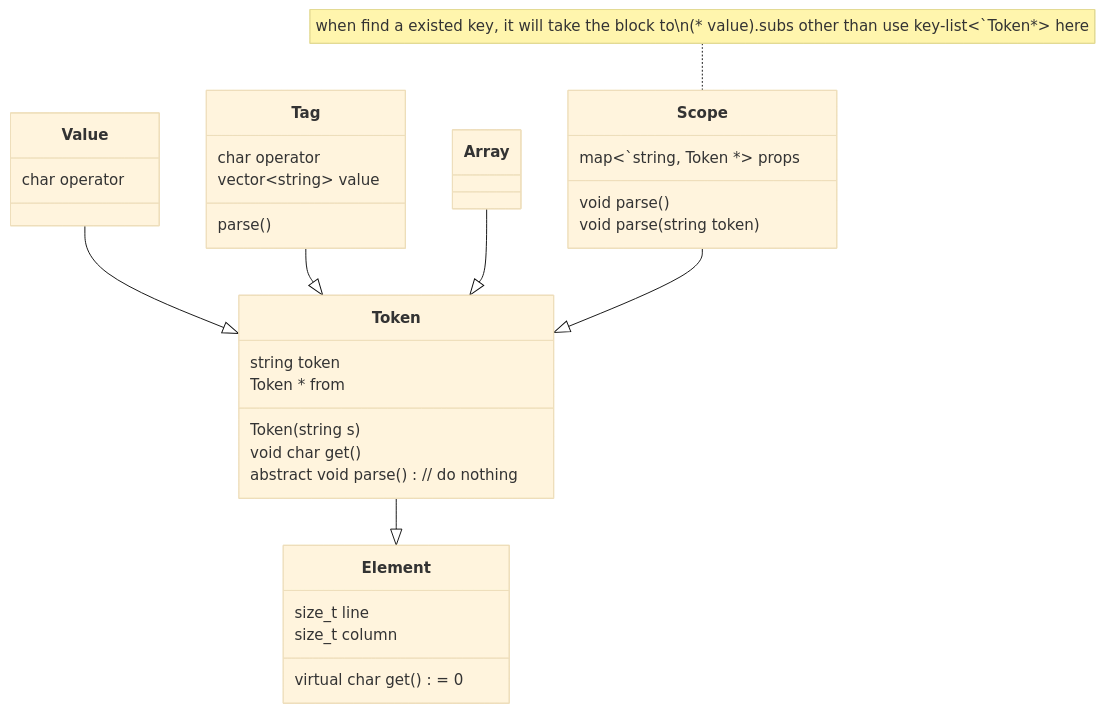
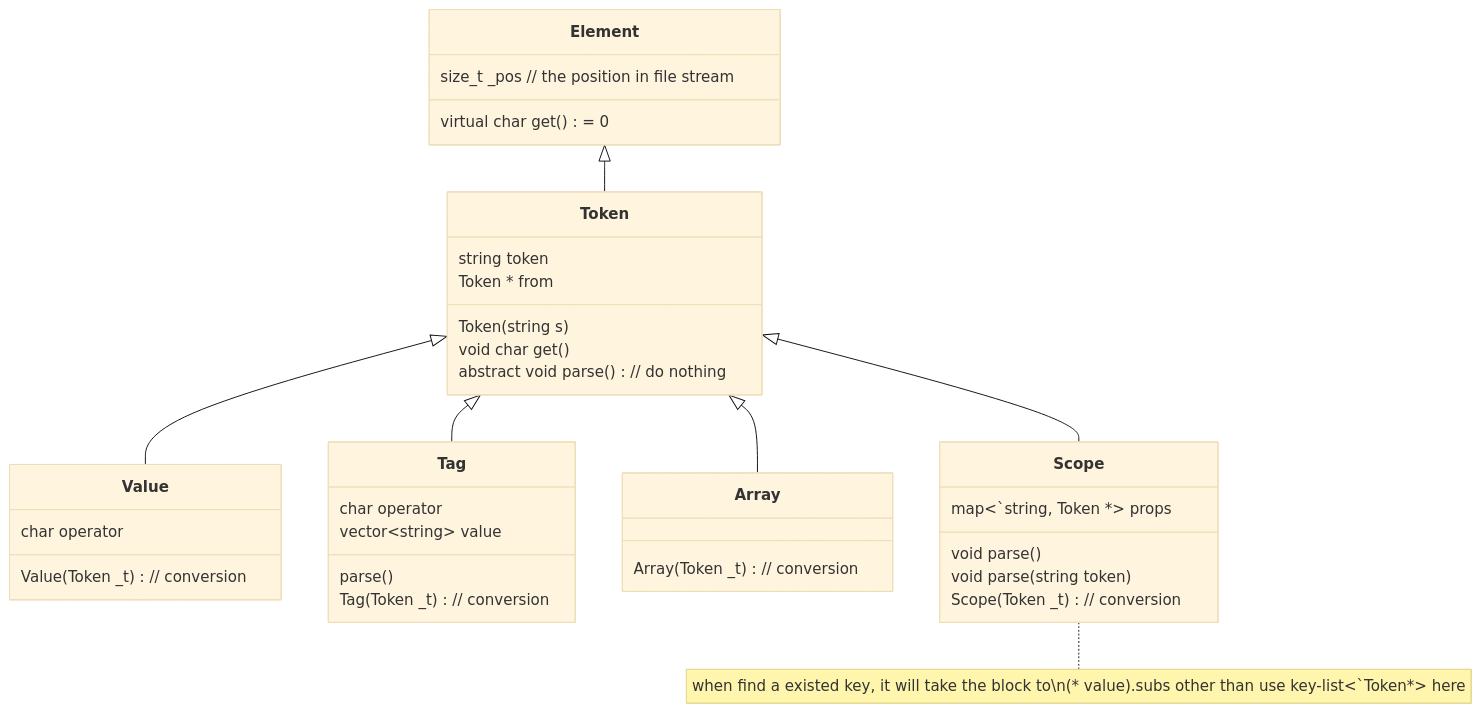
One commit to Supheria/FocusTree changed the fifth of 5 diagrams in modding analysis/parser build/_parser/tokenize_process.md. Above: the diagram before and after it, drawn with Mermaid (base theme). The commit also changed other lines of this file and 1 other file, not shown here.

````diff
--- a/modding analysis/parser build/_parser/tokenize_process.md
+++ b/modding analysis/parser build/_parser/tokenize_process.md
@@ -227,40 +226,43 @@
 ```mermaid
-classDiagram
+classDiagram 
 	class Element{
-		size_t line
-		size_t column
+		size_t _pos // the position in file stream
 		virtual char get() = 0
 	}
 	class Token{
 		string token
 		Token(string s)
 		void char get()
 	}
 	Token --|> Element
 	
 	class Token{
 		Token * from
 		abstract void parse() // do nothing
 	}
 	class Value{
 		char operator
+		Value(Token _t) // conversion
 	}
 	class Tag{
 		char operator
 		vector~string~ value
 		parse()
+		Tag(Token _t) // conversion
 	}
 	class Array{
-			
+		Array(Token _t) // conversion
 	}
 		note for Scope "when find a existed key, it will take the block to\n(* value).subs other than use key-list<`Token*> here"
 	class Scope{
 		map<`string, Token *> props
 		void parse()
 		void parse(string token)
+		Scope(Token _t) // conversion
 	}
+	direction BT
 	Value --|> Token
 	Tag --|> Token
 	Array --|> Token
 	Scope --|> Token
 ```
````
